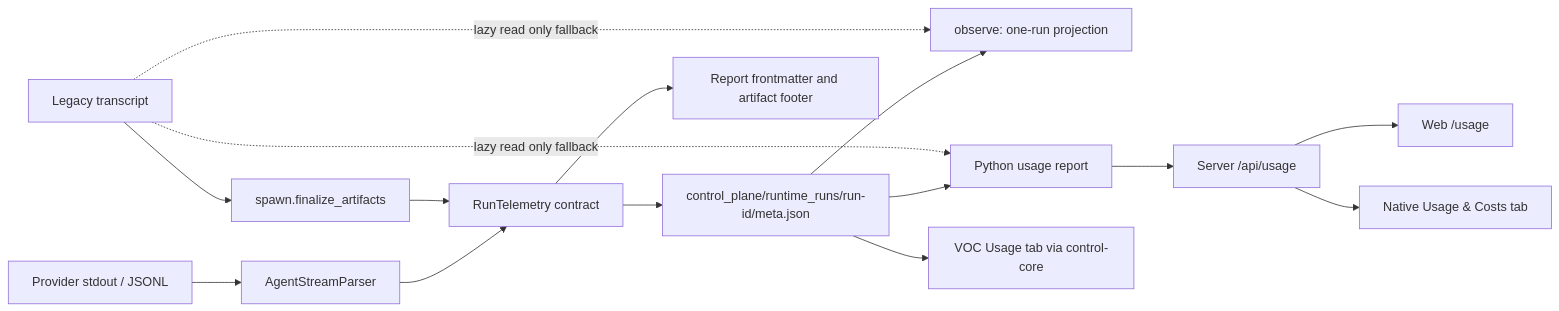
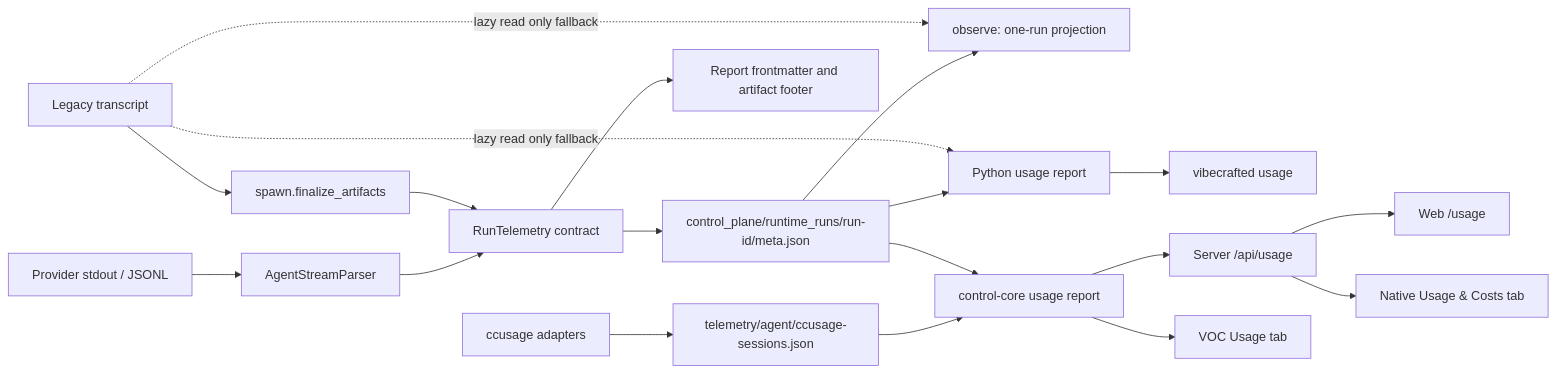
Before and after one commit to vetcoders/vibecrafted: the diagram in dashboard/TELEMETRY_SURFACE_MAP.md, drawn with Mermaid. The commit also changed other lines of this file and 4 other files, not shown here.

````diff
--- a/dashboard/TELEMETRY_SURFACE_MAP.md
+++ b/dashboard/TELEMETRY_SURFACE_MAP.md
@@ -25,17 +25,21 @@
 ```mermaid
 flowchart LR
     P[Provider stdout / JSONL] --> ASP[AgentStreamParser]
     ASP --> RT[RunTelemetry contract]
     LT[Legacy transcript] --> FA[spawn.finalize_artifacts]
     FA --> RT
     RT --> M[control_plane/runtime_runs/run-id/meta.json]
     RT --> R[Report frontmatter and artifact footer]
     M --> O[observe: one-run projection]
     M --> U[Python usage report]
+    CC[ccusage adapters] --> PROJ[telemetry/agent/ccusage-sessions.json]
+    PROJ --> REP[control-core usage report]
+    M --> REP
     LT -. lazy read only fallback .-> O
     LT -. lazy read only fallback .-> U
-    U --> API[Server /api/usage]
+    U --> CLI[vibecrafted usage]
+    REP --> API[Server /api/usage]
     API --> WEB[Web /usage]
     API --> APP[Native Usage & Costs tab]
-    M --> VOC[VOC Usage tab via control-core]
+    REP --> VOC[VOC Usage tab]
 ```
````
